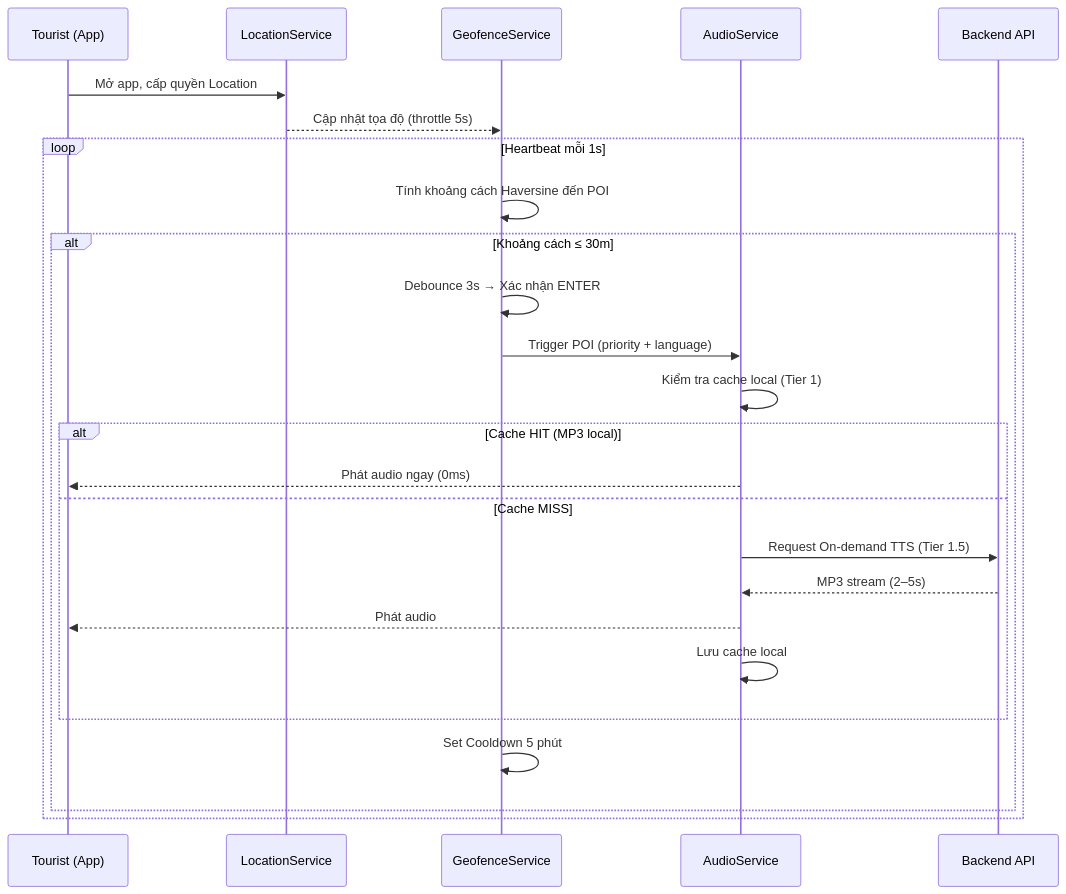
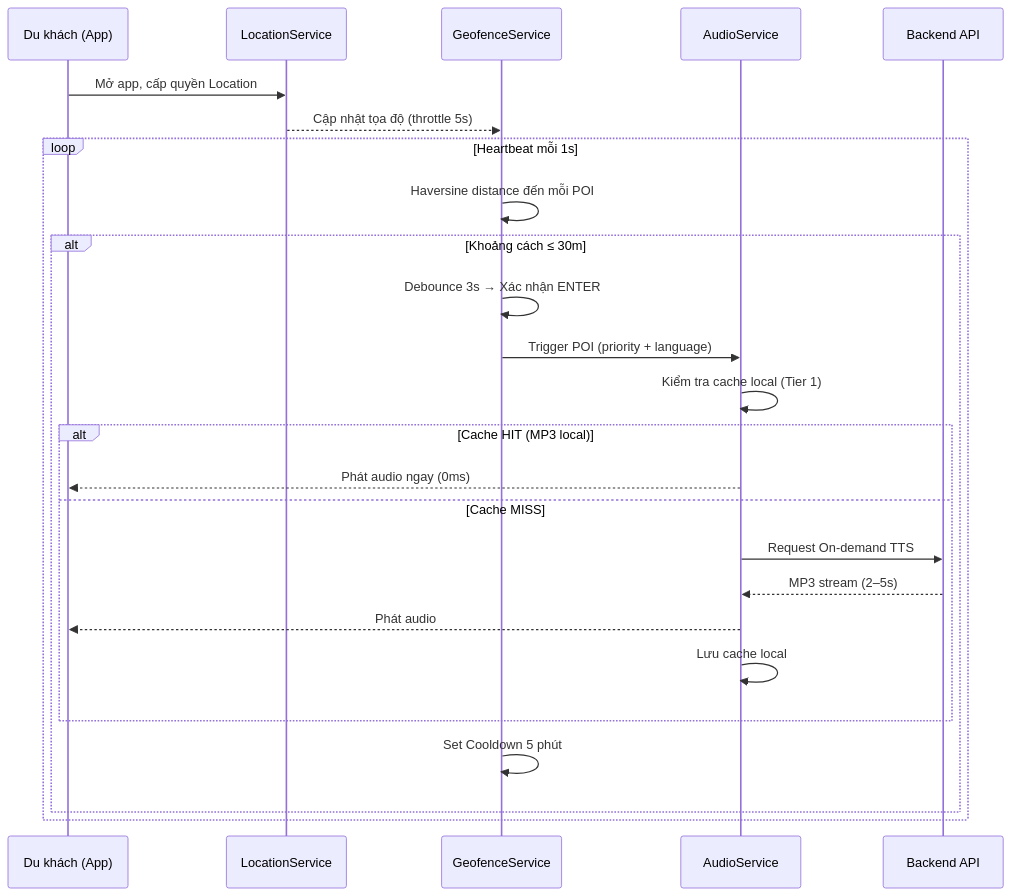
The third of 9 diagrams in README.md (DZT711/Audio_Guide_App), drawn with Mermaid before and after one commit. The commit also changed other lines of this file, not shown here.

````diff
--- a/README.md
+++ b/README.md
@@ -180,28 +540,29 @@
 ```mermaid
 sequenceDiagram
-    participant U as Tourist (App)
+    participant U as Du khách (App)
     participant GPS as LocationService
     participant GF as GeofenceService
     participant AU as AudioService
     participant API as Backend API
 
     U->>GPS: Mở app, cấp quyền Location
     GPS-->>GF: Cập nhật tọa độ (throttle 5s)
+
     loop Heartbeat mỗi 1s
-        GF->>GF: Tính khoảng cách Haversine đến POI
+        GF->>GF: Haversine distance đến mỗi POI
         alt Khoảng cách ≤ 30m
             GF->>GF: Debounce 3s → Xác nhận ENTER
             GF->>AU: Trigger POI (priority + language)
             AU->>AU: Kiểm tra cache local (Tier 1)
             alt Cache HIT (MP3 local)
                 AU-->>U: Phát audio ngay (0ms)
             else Cache MISS
-                AU->>API: Request On-demand TTS (Tier 1.5)
+                AU->>API: Request On-demand TTS
                 API-->>AU: MP3 stream (2–5s)
                 AU-->>U: Phát audio
                 AU->>AU: Lưu cache local
             end
             GF->>GF: Set Cooldown 5 phút
         end
     end
 ```
````
